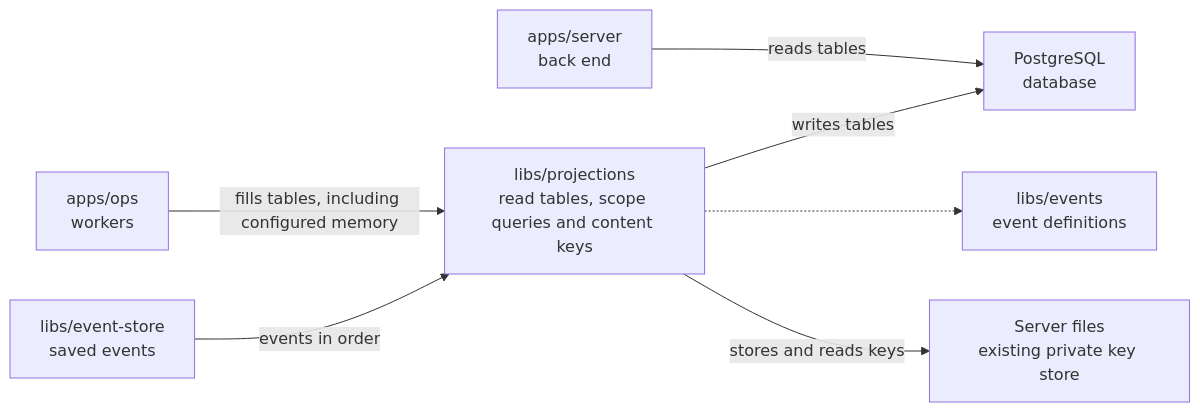
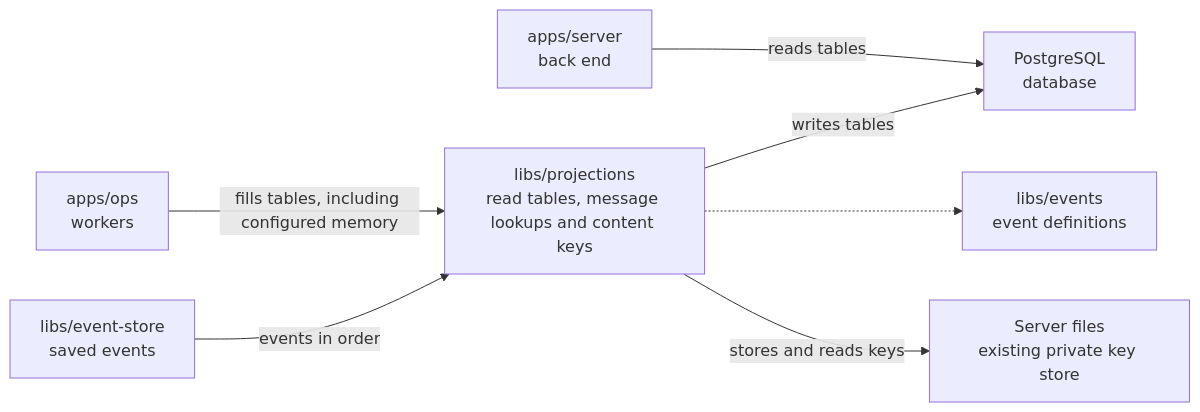
Before and after one commit to elewa-git/opencrane-new: the diagram in libs/projections/README.md, drawn with Mermaid. The commit also changed other lines of this file and 8 other files, not shown here.

````diff
--- a/libs/projections/README.md
+++ b/libs/projections/README.md
@@ -23,9 +23,9 @@
 ```mermaid
 flowchart LR
-  ops["apps/ops<br/>workers"] -->|fills tables, including configured memory| projections["libs/projections<br/>read tables, scope queries and content keys"]
+  ops["apps/ops<br/>workers"] -->|fills tables, including configured memory| projections["libs/projections<br/>read tables, message lookups and content keys"]
   server["apps/server<br/>back end"] -->|reads tables| pg["PostgreSQL<br/>database"]
   projections -->|writes tables| pg
   store["libs/event-store<br/>saved events"] -->|events in order| projections
   projections -.-> events["libs/events<br/>event definitions"]
   projections -->|stores and reads keys| keys["Server files<br/>existing private key store"]
 ```
````
